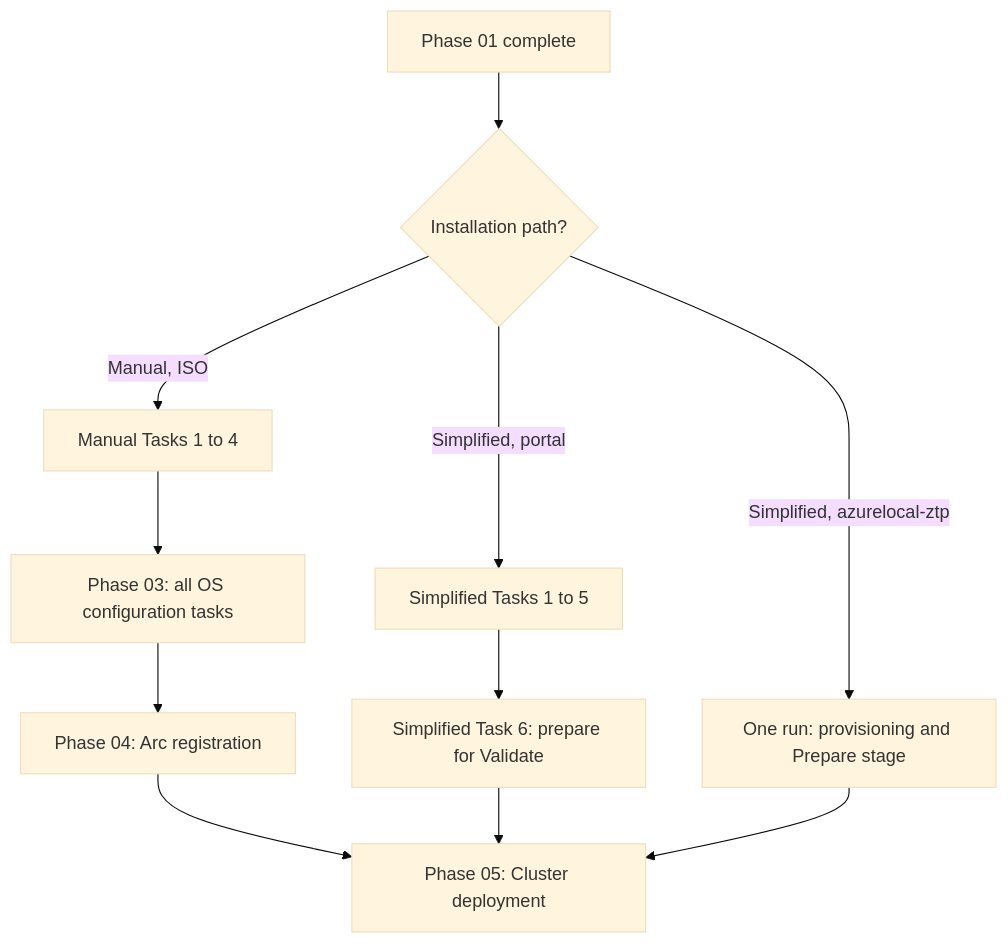
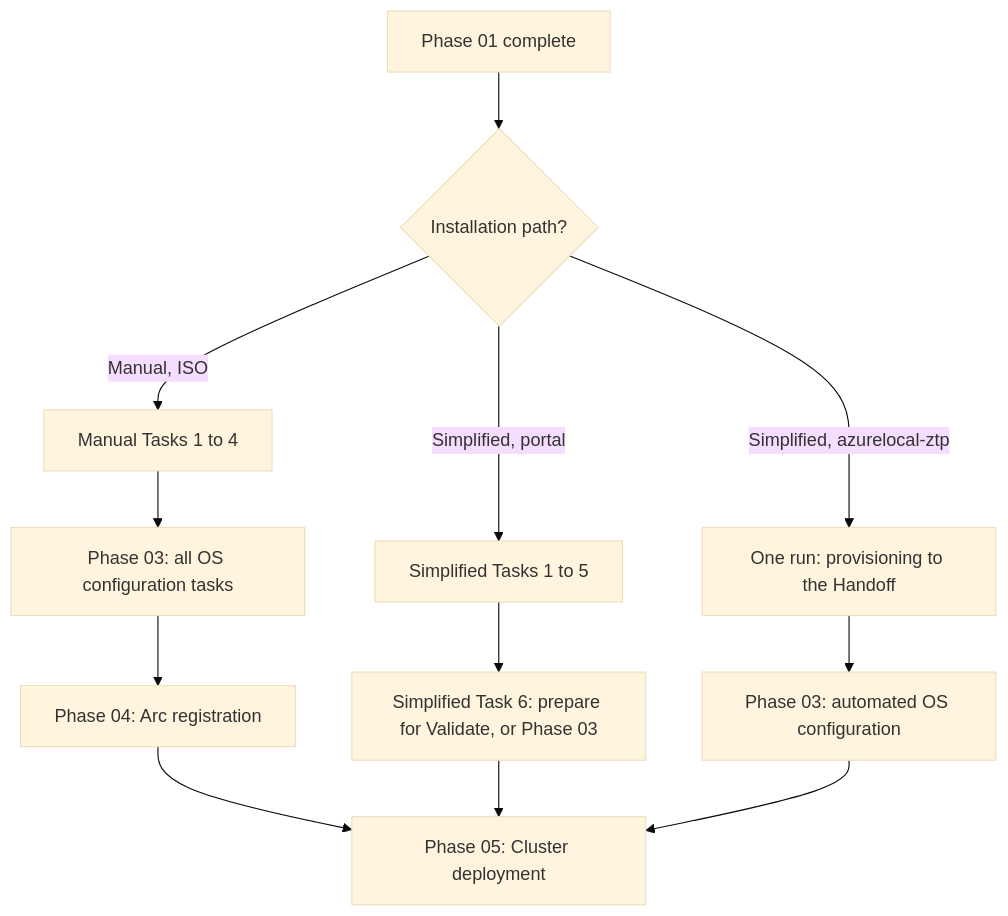
The diagram in docs/implementation/04-cluster-deployment/phase-02-os-installation/index.mdx (AzureLocal/azurelocal.github.io), drawn with Mermaid (base theme) before and after one commit. The commit also changed other lines of this file and 8 other files, not shown here.

First line of the commit message:
docs(cluster-deployment): bare metal to a deployed cluster diagram, routes updated for the Handoff

````diff
--- a/docs/implementation/04-cluster-deployment/phase-02-os-installation/index.mdx
+++ b/docs/implementation/04-cluster-deployment/phase-02-os-installation/index.mdx
@@ -119,13 +119,14 @@
 ```mermaid
 graph TD
   A[Phase 01 complete] --> B{Installation path?}
   B -->|Manual, ISO| C[Manual Tasks 1 to 4]
   C --> D[Phase 03: all OS configuration tasks]
   D --> E[Phase 04: Arc registration]
   B -->|Simplified, portal| F[Simplified Tasks 1 to 5]
-  F --> G[Simplified Task 6: prepare for Validate]
-  B -->|Simplified, azurelocal-ztp| H[One run: provisioning and Prepare stage]
+  F --> G[Simplified Task 6: prepare for Validate, or Phase 03]
+  B -->|Simplified, azurelocal-ztp| H[One run: provisioning to the Handoff]
+  H --> J[Phase 03: automated OS configuration]
   E --> I[Phase 05: Cluster deployment]
   G --> I
-  H --> I
+  J --> I
 ```
````
